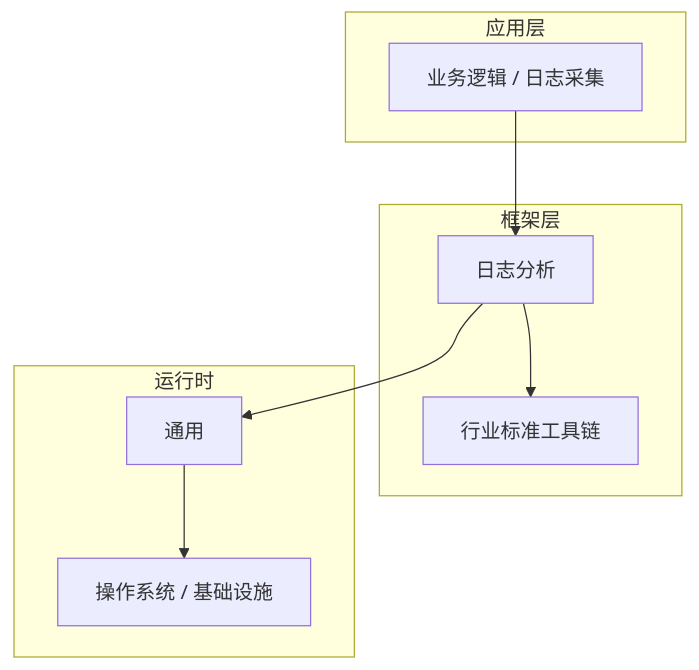
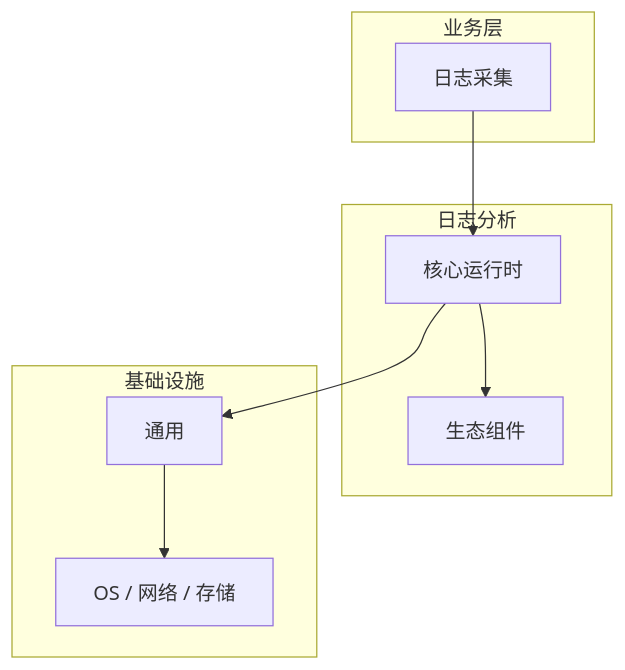
Before and after one commit to yanggan2015/knowledge-json-v2: the diagram in articles/日志分析/chapters/007-日志采集核心概念与原理.md, drawn with Mermaid. The commit also changed other lines of this file and 10127 other files, not shown here.

````diff
--- a/articles/日志分析/chapters/007-日志采集核心概念与原理.md
+++ b/articles/日志分析/chapters/007-日志采集核心概念与原理.md
@@ -45,18 +34,18 @@
 ```mermaid
 graph TB
-    subgraph 应用层
-        A[业务逻辑 / 日志采集]
+    subgraph 业务层
+        A[日志采集]
     end
-    subgraph 框架层
-        B[日志分析]
-        C[行业标准工具链]
+    subgraph 日志分析
+        B[核心运行时]
+        C[生态组件]
     end
-    subgraph 运行时
+    subgraph 基础设施
         D[通用]
-        E[操作系统 / 基础设施]
+        E[OS / 网络 / 存储]
     end
     A --> B
     B --> C
     B --> D
     D --> E
 ```
````
